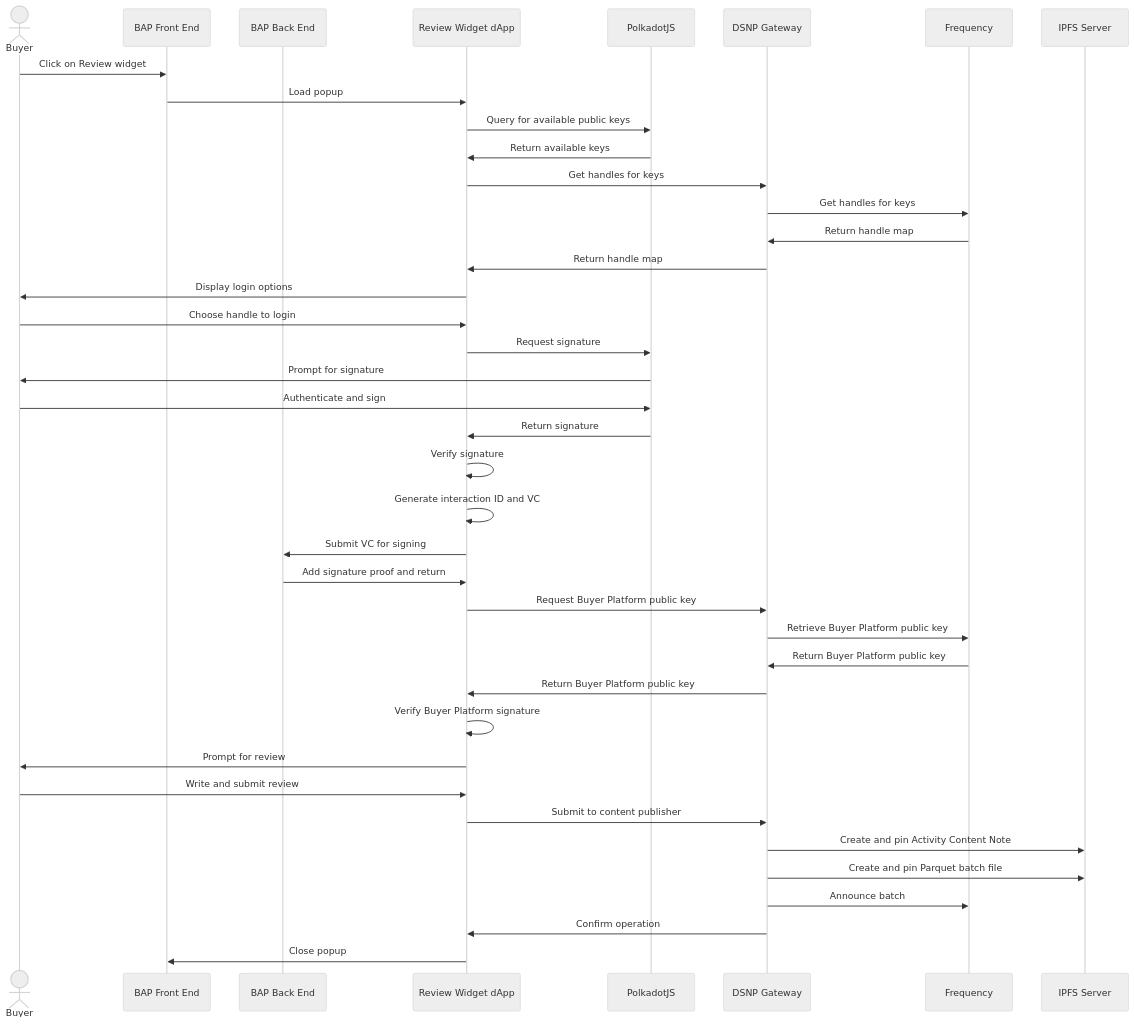
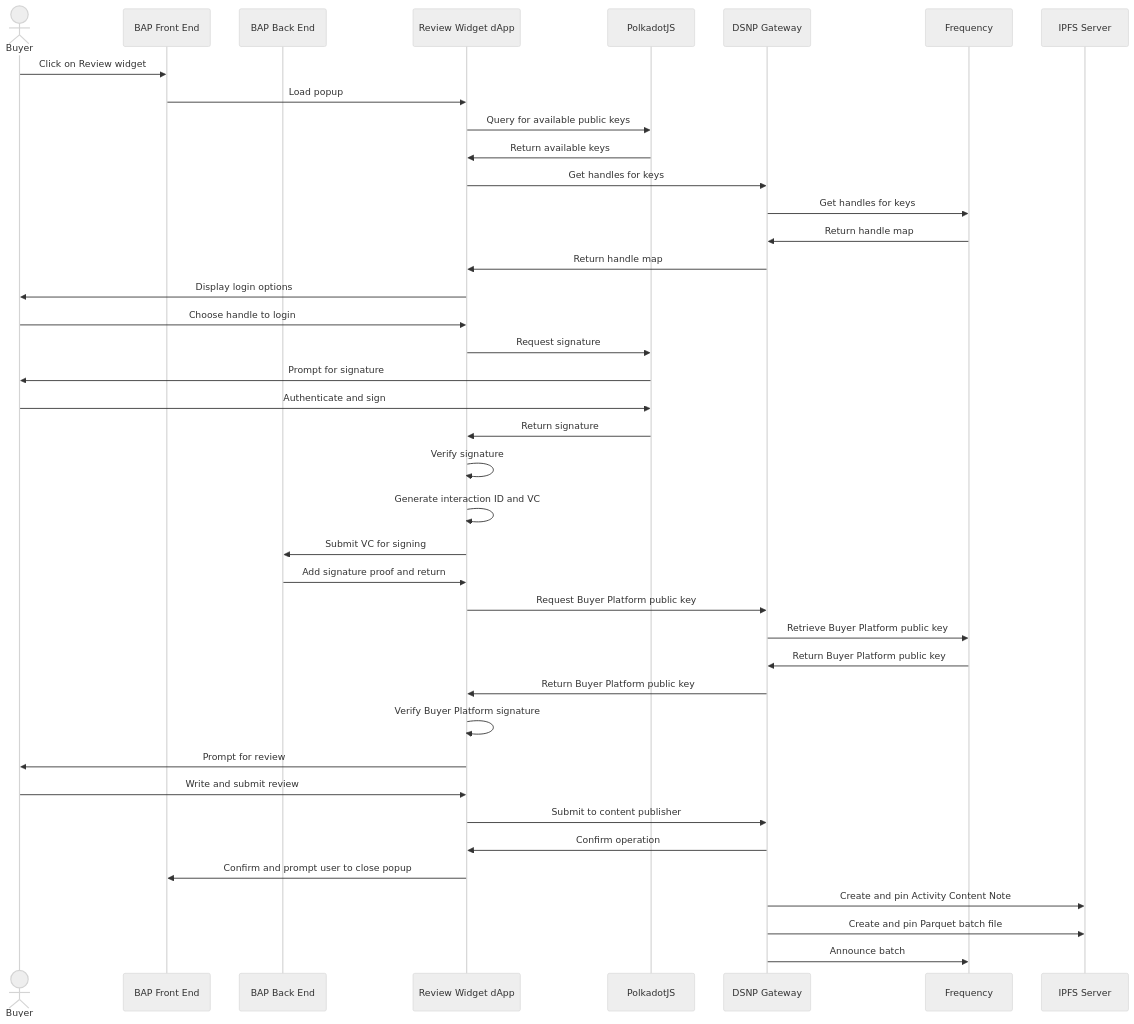
Before and after one commit to ProjectLibertyLabs/dsnp-gateway-prototype: the diagram in Interaction.md, drawn with Mermaid (neutral theme).

````diff
--- a/Interaction.md
+++ b/Interaction.md
@@ -3,42 +3,42 @@
 ```mermaid
 sequenceDiagram
     actor B as Buyer
     participant BAPF as BAP Front End
     participant BAPB as BAP Back End
     participant RWD as Review Widget dApp
     participant PJS as PolkadotJS
     participant GW as DSNP Gateway
     participant FRQCY as Frequency
     participant IPFS as IPFS Server
     B->>BAPF: Click on Review widget
     BAPF->>RWD: Load popup
     RWD->>PJS: Query for available public keys
     PJS->>RWD: Return available keys
     RWD->>GW: Get handles for keys
     GW->>FRQCY: Get handles for keys
     FRQCY->>GW: Return handle map
     GW->>RWD: Return handle map
     RWD->>B: Display login options
     B->>RWD: Choose handle to login
     RWD->>PJS: Request signature
     PJS->>B: Prompt for signature
     B->>PJS: Authenticate and sign
     PJS->>RWD: Return signature
     RWD->>RWD: Verify signature
     RWD->>RWD: Generate interaction ID and VC
     RWD->>BAPB: Submit VC for signing
     BAPB->>RWD: Add signature proof and return
     RWD->>GW: Request Buyer Platform public key
     GW->>FRQCY: Retrieve Buyer Platform public key
     FRQCY->>GW: Return Buyer Platform public key
     GW->>RWD: Return Buyer Platform public key
     RWD->>RWD: Verify Buyer Platform signature
     RWD->>B: Prompt for review
     B->>RWD: Write and submit review
     RWD->>GW: Submit to content publisher
+    GW->>RWD: Confirm operation
+    RWD->>BAPF: Confirm and prompt user to close popup
     GW->>IPFS: Create and pin Activity Content Note
     GW->>IPFS: Create and pin Parquet batch file
     GW->>FRQCY: Announce batch
-    GW->>RWD: Confirm operation
-    RWD->>BAPF: Close popup
 ```
````
